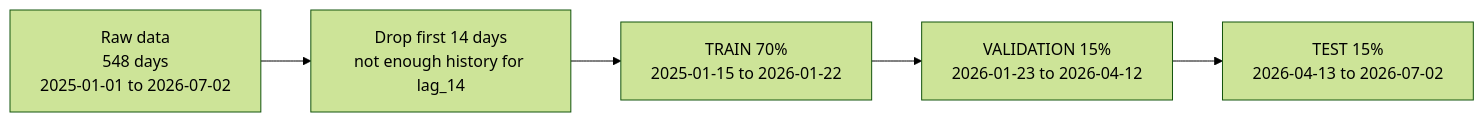
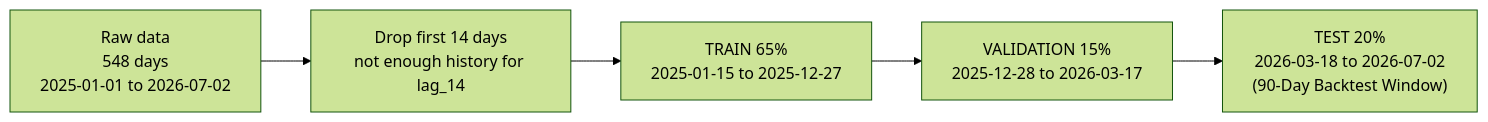
Before and after one commit to SyedBadiuzzaman/ml_pipeline: the first of 2 diagrams in README.md, drawn with Mermaid (forest theme). The commit also changed other lines of this file and 9 other files, not shown here.

Commit message:
feat: implement 90-day rolling-origin backtesting, evaluation, and chart generation

````diff
--- a/README.md
+++ b/README.md
@@ -101,7 +103,7 @@
 ```mermaid
 flowchart LR
     R["Raw data<br/>548 days<br/>2025-01-01 to 2026-07-02"] --> W["Drop first 14 days<br/>not enough history for lag_14"]
-    W --> T["TRAIN 70%<br/>2025-01-15 to 2026-01-22"]
-    T --> V["VALIDATION 15%<br/>2026-01-23 to 2026-04-12"]
-    V --> S["TEST 15%<br/>2026-04-13 to 2026-07-02"]
+    W --> T["TRAIN 65%<br/>2025-01-15 to 2025-12-27"]
+    T --> V["VALIDATION 15%<br/>2025-12-28 to 2026-03-17"]
+    V --> S["TEST 20%<br/>2026-03-18 to 2026-07-02<br/>(90-Day Backtest Window)"]
 ```
````
